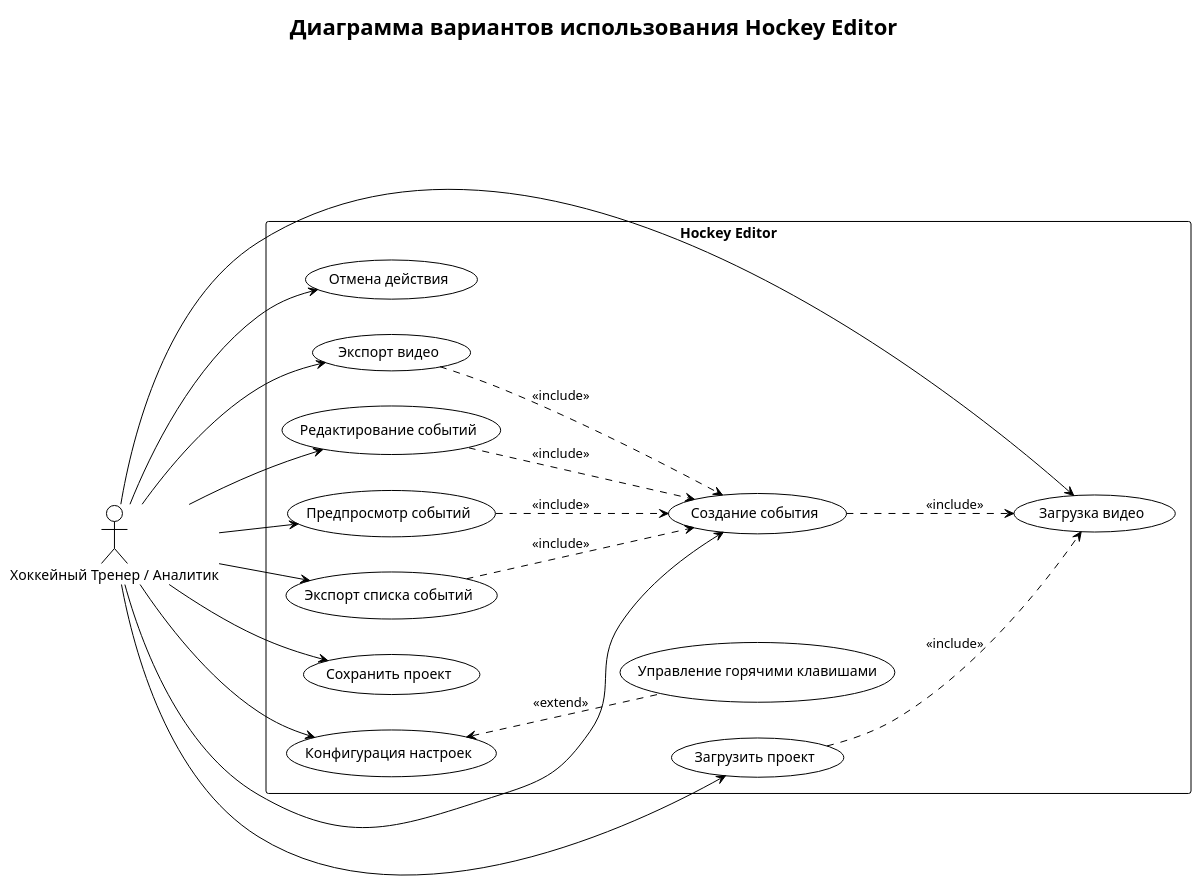
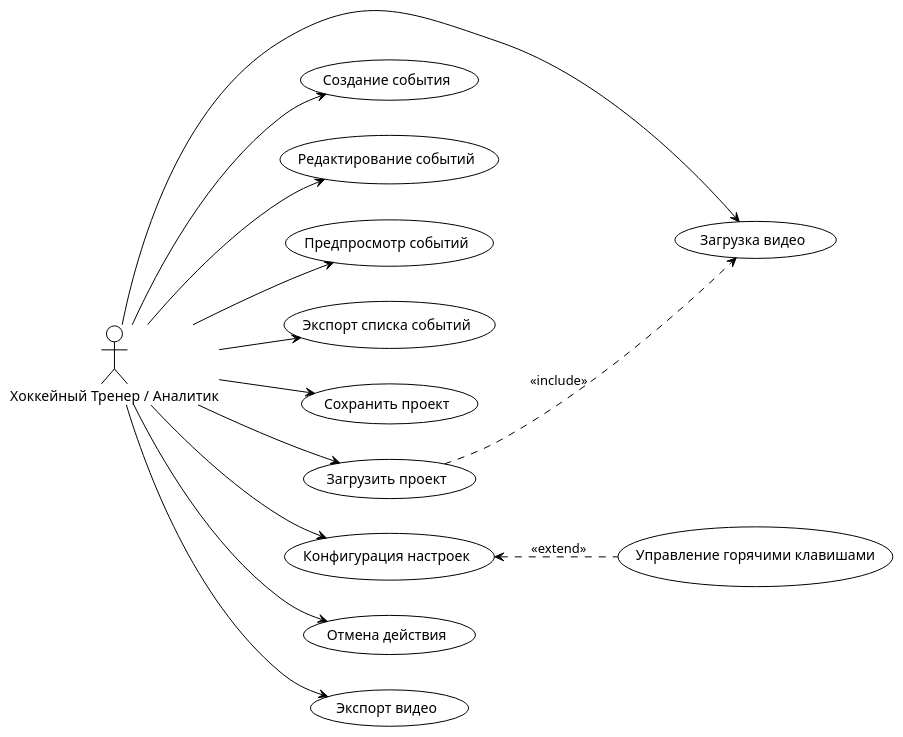
Before and after one commit to mijeha4/hockey_editor: the diagram in docs/uml/use_case_diagram.puml, drawn with PlantUML. The commit also changed 8 other files, not shown here.

```diff
--- a/docs/uml/use_case_diagram.puml
+++ b/docs/uml/use_case_diagram.puml
@@ -1,51 +1,41 @@
 @startuml Hockey Editor Use Case Diagram
 !theme plain
 left to right direction
-title Диаграмма вариантов использования Hockey Editor
 
 actor "Хоккейный Тренер / Аналитик" as Coach
 
-rectangle "Hockey Editor" {
     usecase "Загрузка видео" as UC1
     usecase "Создание события" as UC2 
     usecase "Редактирование событий" as UC6
     usecase "Предпросмотр событий" as UC7
     usecase "Экспорт списка событий" as UC8
     usecase "Сохранить проект" as UC9
     usecase "Загрузить проект" as UC10
     usecase "Конфигурация настроек" as UC11
     usecase "Управление горячими клавишами" as UC12
     usecase "Отмена действия" as UC13
     usecase "Экспорт видео" as UC14
-}
 
 ' ================== ПРЯМЫЕ ВЗАИМОДЕЙСТВИЯ ==================
 ' Удалены комментарии к стрелкам
 Coach --> UC1
 Coach --> UC2
 Coach --> UC6
 Coach --> UC7
 Coach --> UC8
 Coach --> UC9
 Coach --> UC10
 Coach --> UC11
 Coach --> UC13
 Coach --> UC14
 
 ' ================== ОТНОШЕНИЯ INCLUDE (Обязательные) ==================
 ' Разметка требует загруженного видео
-UC2 ..> UC1 : <<include>>
-
-UC6 ..> UC2 : <<include>>
-UC7 ..> UC2 : <<include>>
-UC14 ..> UC2 : <<include>>
-UC8 ..> UC2 : <<include>>
-
 UC10 ..> UC1 : <<include>>
 
 ' ================== ОТНОШЕНИЯ EXTEND (Опциональные) ==================
 ' Настройка горячих клавиш расширяет общие настройки
 UC11 <.. UC12 : <<extend>>
 
 
 @enduml
```
